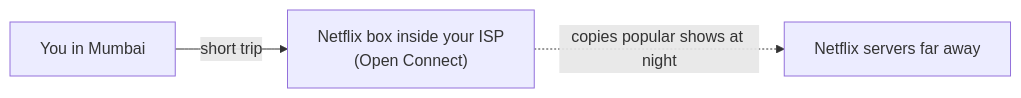
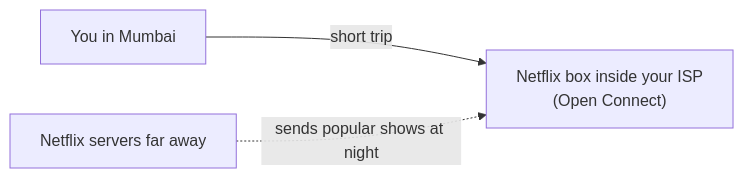
Before and after one commit to iamrs77/interview-ready: the second of 2 diagrams in content/system-design/foundations/how-the-internet-works.mdx, drawn with Mermaid. The commit also changed other lines of this file and 132 other files, not shown here.

````diff
--- a/content/system-design/foundations/how-the-internet-works.mdx
+++ b/content/system-design/foundations/how-the-internet-works.mdx
@@ -91,5 +93,5 @@
 ```mermaid
 flowchart LR
   U["You in Mumbai"]:::client -->|"short trip"| OC["Netflix box inside your ISP<br/>(Open Connect)"]:::storage
-  OC -.->|"copies popular shows at night"| N["Netflix servers far away"]:::service
+  N["Netflix servers far away"]:::service -.->|"sends popular shows at night"| OC
 ```
````
